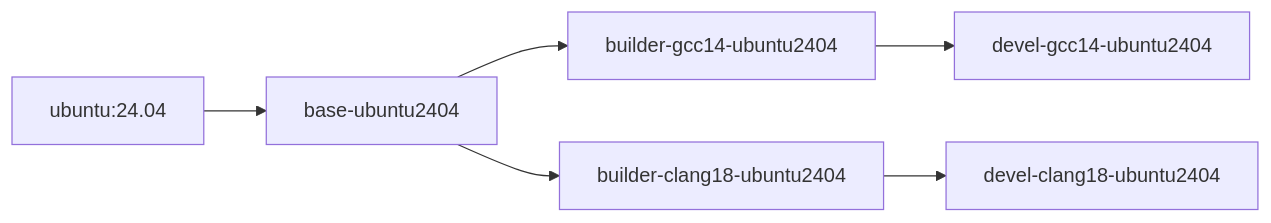
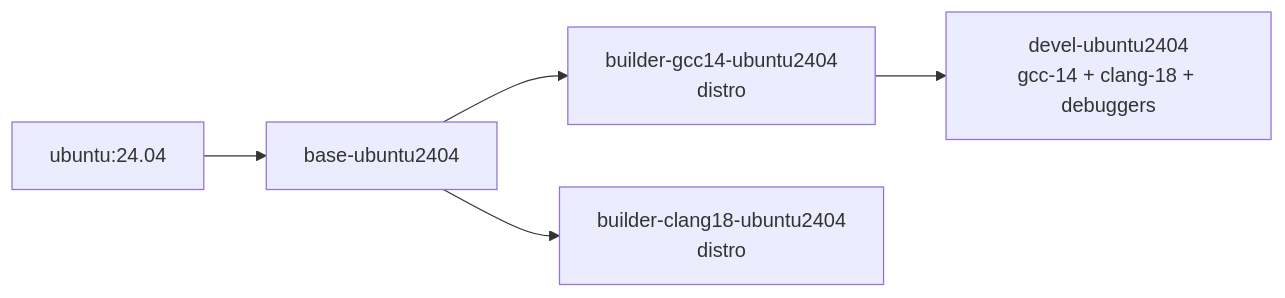
One commit to Silmaen/DockerImages changed the fifth of 8 diagrams in README.md. Above: the diagram before and after it, drawn with Mermaid. The commit also changed other lines of this file and 17 other files, not shown here.

````diff
--- a/README.md
+++ b/README.md
@@ -175,8 +170,7 @@
 ```mermaid
 graph LR
     U2404[ubuntu:24.04] --> B2404[base-ubuntu2404]
-    B2404 --> G14[builder-gcc14-ubuntu2404]
-    B2404 --> C18[builder-clang18-ubuntu2404]
-    G14 --> DG14[devel-gcc14-ubuntu2404]
-    C18 --> DC18[devel-clang18-ubuntu2404]
+    B2404 --> G14[builder-gcc14-ubuntu2404<br/>distro]
+    B2404 --> C18[builder-clang18-ubuntu2404<br/>distro]
+    G14 --> D[devel-ubuntu2404<br/>gcc-14 + clang-18 + debuggers]
 ```
````
